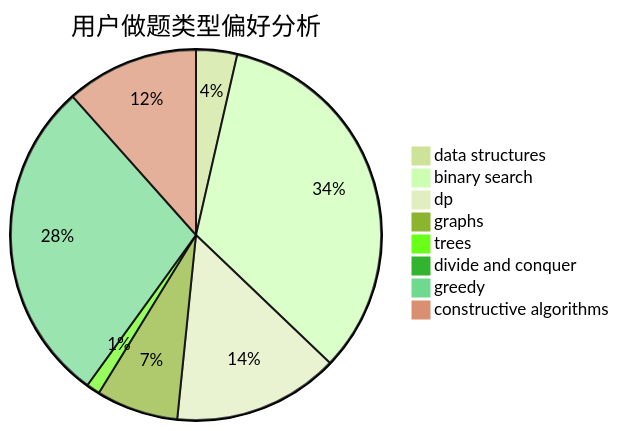
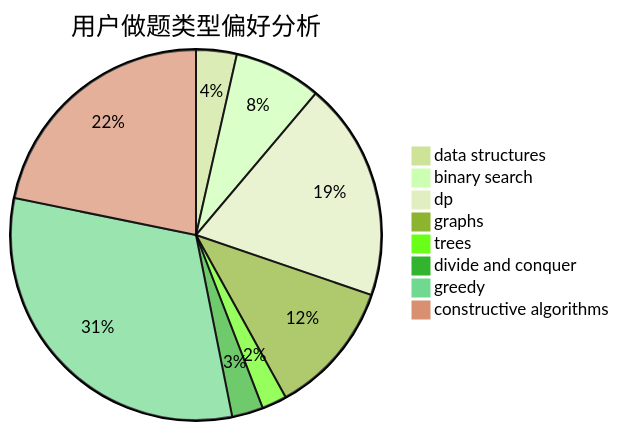
Before and after one commit to sherpahu/cfrs.github.io: the second of 3 diagrams in docs/user/u1595.md, drawn with Mermaid (forest theme). The commit also changed other lines of this file and 2770 other files, not shown here.

````diff
--- a/docs/user/u1595.md
+++ b/docs/user/u1595.md
@@ -23,11 +23,11 @@
 ```mermaid
 pie title 用户做题类型偏好分析
-    "data structures" :  21
-    "binary search" :  197
-    "dp" :  85
-    "graphs" :  42
-    "trees" :  7
-    "divide and conquer" :  0
-    "greedy" :  167
-    "constructive algorithms" :  68
+    "data structures" :  13
+    "binary search" :  28
+    "dp" :  70
+    "graphs" :  43
+    "trees" :  8
+    "divide and conquer" :  10
+    "greedy" :  115
+    "constructive algorithms" :  80
 ```
````
